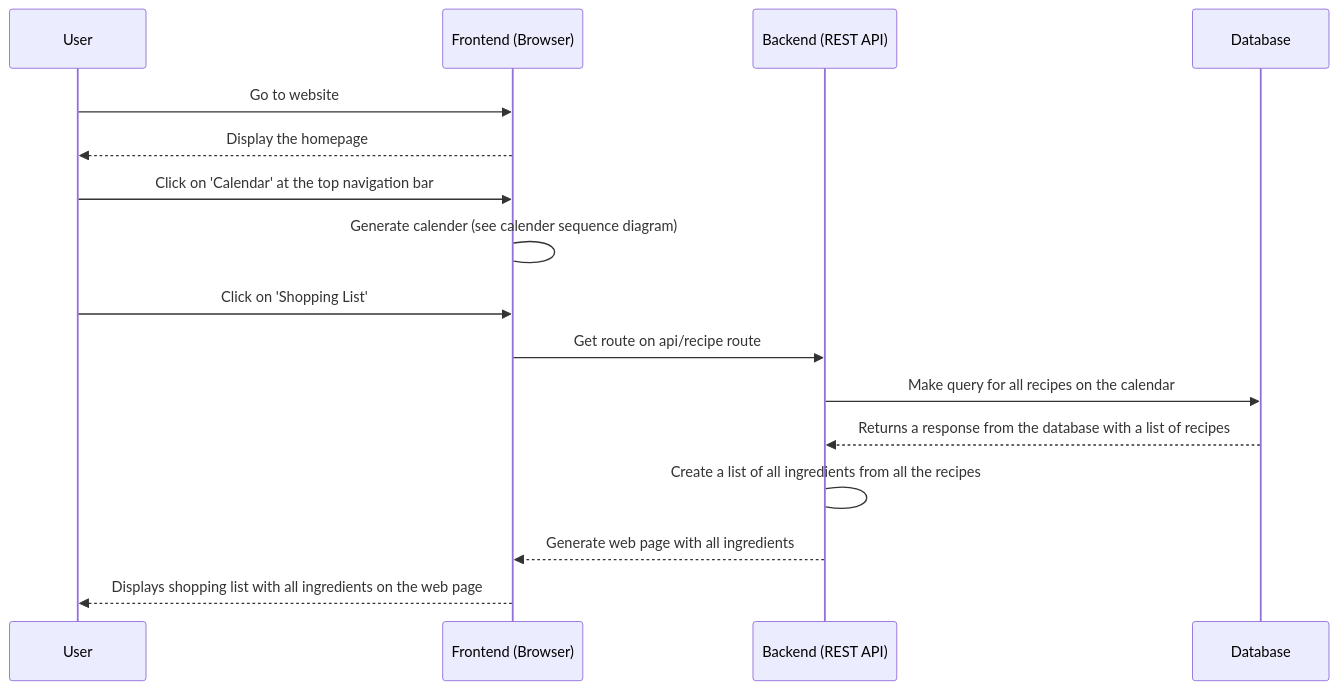
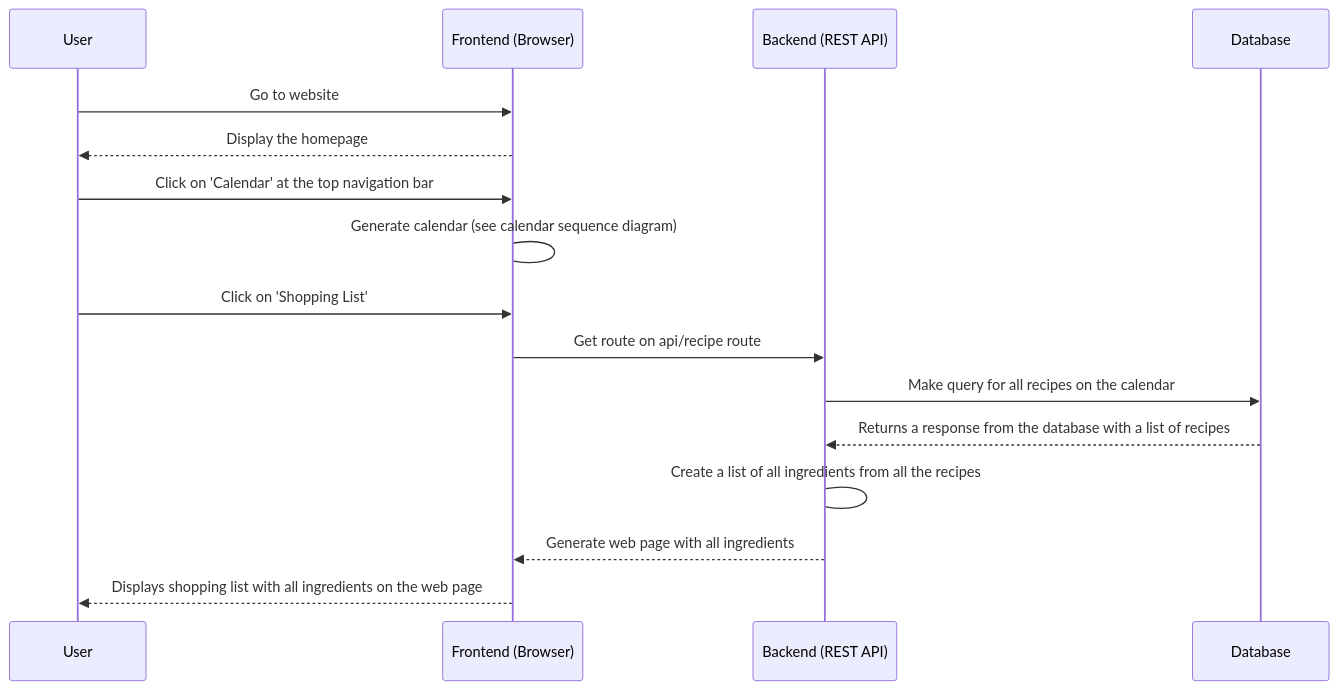
The diagram in documentation/sequence-diagrams/shopping-list.md (hwbit/PrepPal), drawn with Mermaid before and after one commit. The commit also changed 2 other files, not shown here.

Commit message:
Renamed all calender to calendar

````diff
--- a/documentation/sequence-diagrams/shopping-list.md
+++ b/documentation/sequence-diagrams/shopping-list.md
@@ -1,14 +1,14 @@
 ```mermaid
 sequenceDiagram
     User->>Frontend (Browser): Go to website
     Frontend (Browser)-->>User: Display the homepage
     User->>Frontend (Browser): Click on 'Calendar' at the top navigation bar
-    Frontend (Browser)->Frontend (Browser): Generate calender (see calender sequence diagram)
+    Frontend (Browser)->Frontend (Browser): Generate calendar (see calendar sequence diagram)
     User->>Frontend (Browser): Click on 'Shopping List'
     Frontend (Browser)->>Backend (REST API): Get route on api/recipe route
     Backend (REST API)->>Database: Make query for all recipes on the calendar
     Database-->>Backend (REST API): Returns a response from the database with a list of recipes
     Backend (REST API)->Backend (REST API): Create a list of all ingredients from all the recipes
     Backend (REST API)-->>Frontend (Browser): Generate web page with all ingredients
     Frontend (Browser)-->>User: Displays shopping list with all ingredients on the web page
 ```
````
